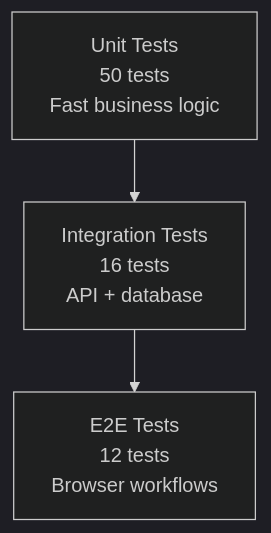
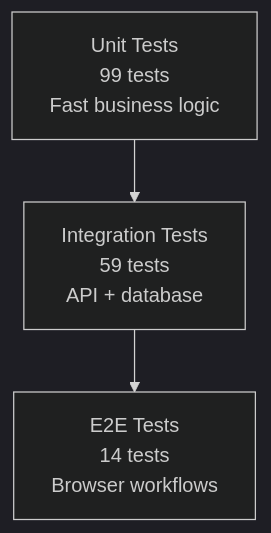
The first of 4 diagrams in LibraryTestFramework/docs/testing-strategy.md (melixsd/libraryTestingFramework), drawn with Mermaid (dark theme) before and after one commit. The commit also changed 14 other files, not shown here.

````diff
--- a/LibraryTestFramework/docs/testing-strategy.md
+++ b/LibraryTestFramework/docs/testing-strategy.md
@@ -11,5 +11,5 @@
 ```mermaid
 flowchart TB
-    U[Unit Tests\n50 tests\nFast business logic] --> I[Integration Tests\n16 tests\nAPI + database]
-    I --> E[E2E Tests\n12 tests\nBrowser workflows]
+    U[Unit Tests\n99 tests\nFast business logic] --> I[Integration Tests\n59 tests\nAPI + database]
+    I --> E[E2E Tests\n14 tests\nBrowser workflows]
 ```
````
